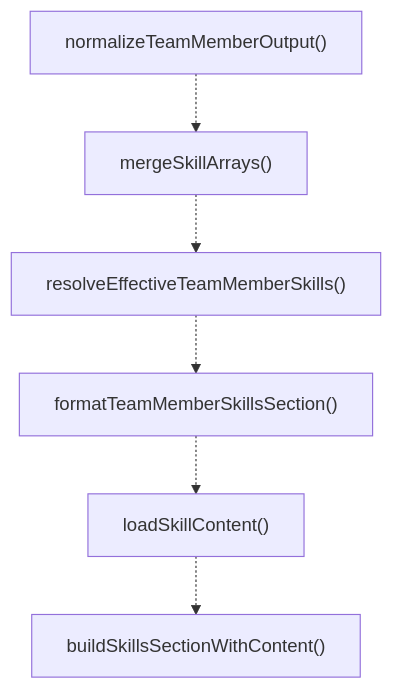
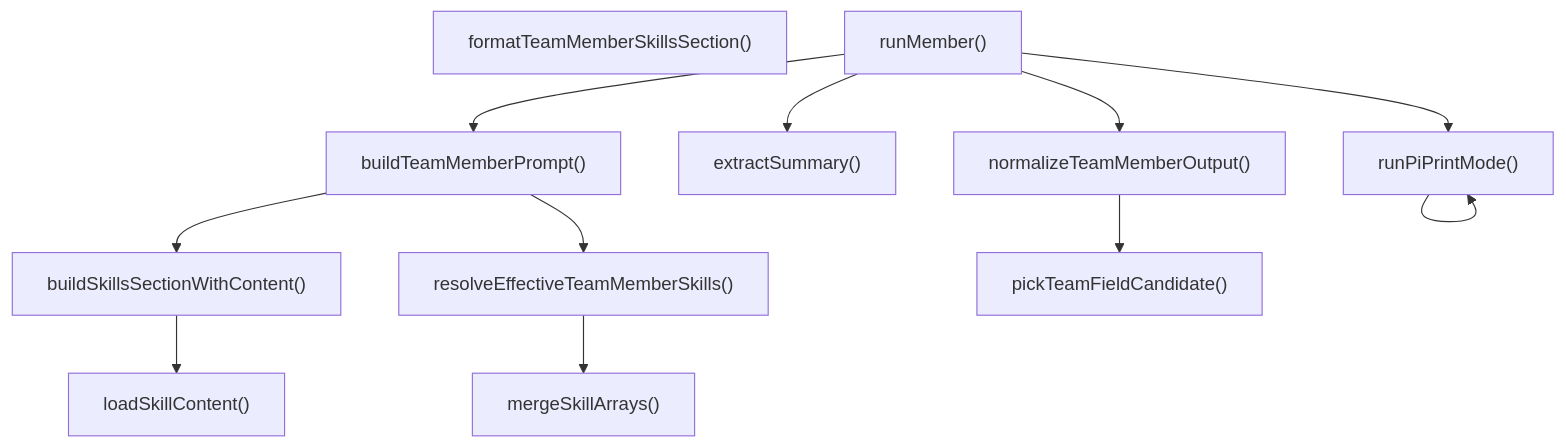
The third of 4 diagrams in ABDD/.pi/extensions/agent-teams/member-execution.md (Mekann2904/mekann), drawn with Mermaid before and after one commit. The commit also changed other lines of this file and 277 other files, not shown here.

````diff
--- a/ABDD/.pi/extensions/agent-teams/member-execution.md
+++ b/ABDD/.pi/extensions/agent-teams/member-execution.md
@@ -75,14 +75,24 @@
 ```mermaid
 flowchart TD
-  normalizeTeamMemberOutput["normalizeTeamMemberOutput()"]
-  mergeSkillArrays["mergeSkillArrays()"]
-  resolveEffectiveTeamMemberSkills["resolveEffectiveTeamMemberSkills()"]
+  buildSkillsSectionWithContent["buildSkillsSectionWithContent()"]
+  buildTeamMemberPrompt["buildTeamMemberPrompt()"]
+  extractSummary["extractSummary()"]
   formatTeamMemberSkillsSection["formatTeamMemberSkillsSection()"]
   loadSkillContent["loadSkillContent()"]
-  buildSkillsSectionWithContent["buildSkillsSectionWithContent()"]
-  normalizeTeamMemberOutput -.-> mergeSkillArrays
-  mergeSkillArrays -.-> resolveEffectiveTeamMemberSkills
-  resolveEffectiveTeamMemberSkills -.-> formatTeamMemberSkillsSection
-  formatTeamMemberSkillsSection -.-> loadSkillContent
-  loadSkillContent -.-> buildSkillsSectionWithContent
+  mergeSkillArrays["mergeSkillArrays()"]
+  normalizeTeamMemberOutput["normalizeTeamMemberOutput()"]
+  pickTeamFieldCandidate["pickTeamFieldCandidate()"]
+  resolveEffectiveTeamMemberSkills["resolveEffectiveTeamMemberSkills()"]
+  runMember["runMember()"]
+  runPiPrintMode["runPiPrintMode()"]
+  buildSkillsSectionWithContent --> loadSkillContent
+  buildTeamMemberPrompt --> buildSkillsSectionWithContent
+  buildTeamMemberPrompt --> resolveEffectiveTeamMemberSkills
+  normalizeTeamMemberOutput --> pickTeamFieldCandidate
+  resolveEffectiveTeamMemberSkills --> mergeSkillArrays
+  runMember --> buildTeamMemberPrompt
+  runMember --> extractSummary
+  runMember --> normalizeTeamMemberOutput
+  runMember --> runPiPrintMode
+  runPiPrintMode --> runPiPrintMode
 ```
````
